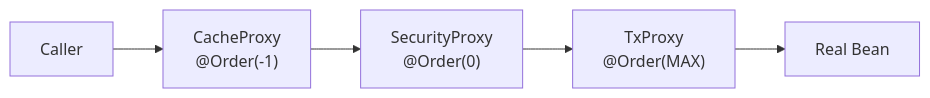
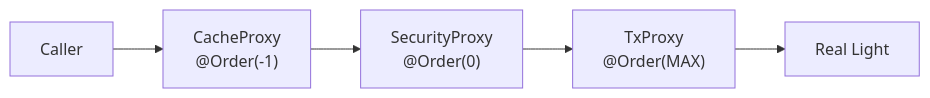
One commit to davidstefanovic98/lumen changed the fourth of 4 diagrams in docs/architecture.md. Above: the diagram before and after it, drawn with Mermaid. The commit also changed other lines of this file and 21 other files, not shown here.

````diff
--- a/docs/architecture.md
+++ b/docs/architecture.md
@@ -395,10 +396,10 @@
 ```mermaid
 graph LR
     Client["Caller"]
     Cache["CacheProxy\n@Order(-1)"]
     Sec["SecurityProxy\n@Order(0)"]
     Tx["TxProxy\n@Order(MAX)"]
-    Real["Real Bean"]
+    Real["Real Light"]
 
     Client --> Cache --> Sec --> Tx --> Real
 ```
````
